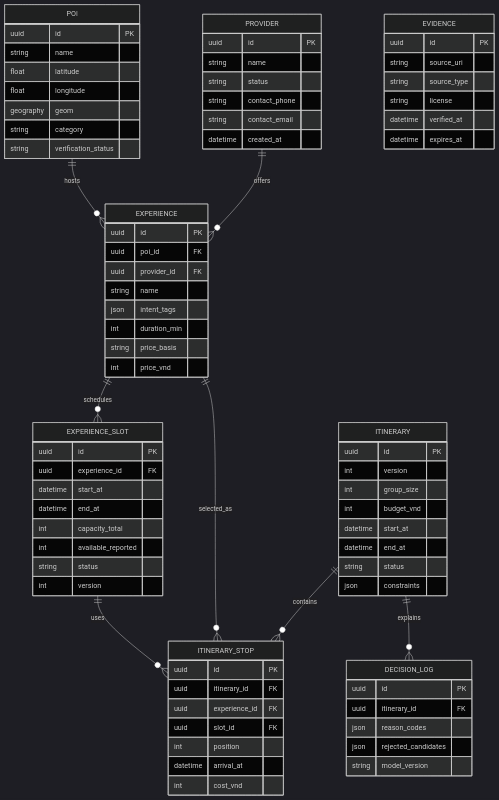
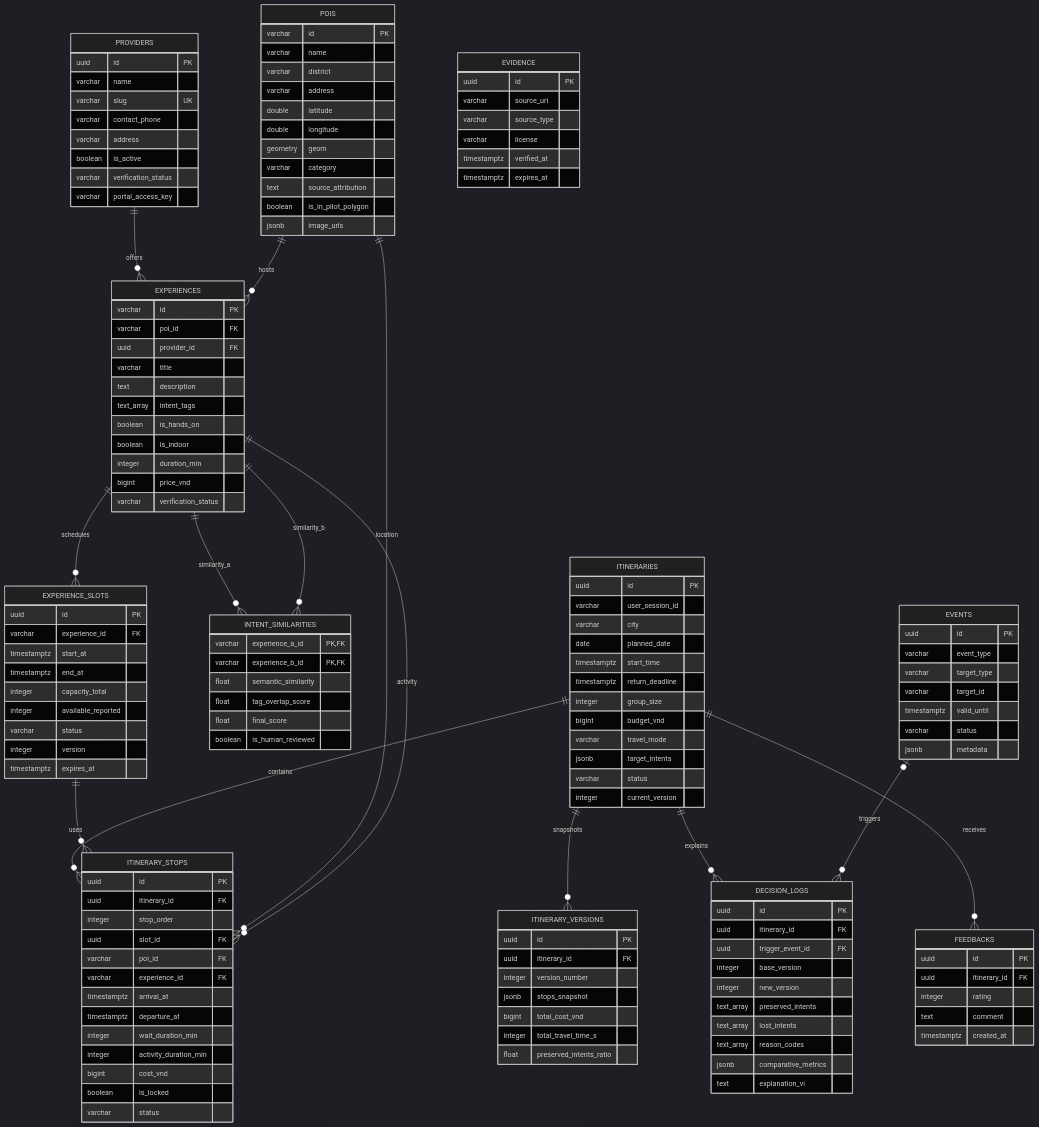
The diagram in docs/data-model.md (NguyenTriBaoThang/LoaclExplorerAI), drawn with Mermaid (dark theme) before and after one commit. The commit also changed other lines of this file and 10 other files, not shown here.

Commit message:
feat(database): align database schema and entities with team architecture ERD

````diff
--- a/docs/data-model.md
+++ b/docs/data-model.md
@@ -3,82 +8,146 @@
 ```mermaid
 erDiagram
-    PROVIDER ||--o{ EXPERIENCE : offers
-    POI ||--o{ EXPERIENCE : hosts
-    EXPERIENCE ||--o{ EXPERIENCE_SLOT : schedules
-    ITINERARY ||--o{ ITINERARY_STOP : contains
-    EXPERIENCE ||--o{ ITINERARY_STOP : selected_as
-    EXPERIENCE_SLOT ||--o{ ITINERARY_STOP : uses
-    ITINERARY ||--o{ DECISION_LOG : explains
+    PROVIDERS ||--o{ EXPERIENCES : offers
+    POIS ||--o{ EXPERIENCES : hosts
+    EXPERIENCES ||--o{ EXPERIENCE_SLOTS : schedules
+    EXPERIENCES ||--o{ INTENT_SIMILARITIES : similarity_a
+    EXPERIENCES ||--o{ INTENT_SIMILARITIES : similarity_b
+    ITINERARIES ||--o{ ITINERARY_STOPS : contains
+    ITINERARIES ||--o{ ITINERARY_VERSIONS : snapshots
+    ITINERARIES ||--o{ DECISION_LOGS : explains
+    ITINERARIES ||--o{ FEEDBACKS : receives
+    EXPERIENCE_SLOTS ||--o{ ITINERARY_STOPS : uses
+    POIS ||--o{ ITINERARY_STOPS : location
+    EXPERIENCES ||--o{ ITINERARY_STOPS : activity
+    EVENTS o|--o{ DECISION_LOGS : triggers
 
-    PROVIDER {
+    PROVIDERS {
       uuid id PK
-      string name
-      string status
-      string contact_phone
-      string contact_email
-      datetime created_at
+      varchar name
+      varchar slug UK
+      varchar contact_phone
+      varchar address
+      boolean is_active
+      varchar verification_status
+      varchar portal_access_key
     }
-    POI {
+    POIS {
+      varchar id PK
+      varchar name
+      varchar district
+      varchar address
+      double latitude
+      double longitude
+      geometry geom
+      varchar category
+      text source_attribution
+      boolean is_in_pilot_polygon
+      jsonb image_urls
+    }
+    EXPERIENCES {
+      varchar id PK
+      varchar poi_id FK
+      uuid provider_id FK
+      varchar title
+      text description
+      text_array intent_tags
+      boolean is_hands_on
+      boolean is_indoor
+      integer duration_min
+      bigint price_vnd
+      varchar verification_status
+    }
+    EXPERIENCE_SLOTS {
       uuid id PK
-      string name
-      float latitude
-      float longitude
-      geography geom
-      string category
-      string verification_status
+      varchar experience_id FK
+      timestamptz start_at
+      timestamptz end_at
+      integer capacity_total
+      integer available_reported
+      varchar status
+      integer version
+      timestamptz expires_at
     }
-    EXPERIENCE {
+    INTENT_SIMILARITIES {
+      varchar experience_a_id PK,FK
+      varchar experience_b_id PK,FK
+      float semantic_similarity
+      float tag_overlap_score
+      float final_score
+      boolean is_human_reviewed
+    }
+    ITINERARIES {
       uuid id PK
-      uuid poi_id FK
-      uuid provider_id FK
-      string name
-      json intent_tags
-      int duration_min
-      string price_basis
-      int price_vnd
+      varchar user_session_id
+      varchar city
+      date planned_date
+      timestamptz start_time
+      timestamptz return_deadline
+      integer group_size
+      bigint budget_vnd
+      varchar travel_mode
+      jsonb target_intents
+      varchar status
+      integer current_version
     }
-    EXPERIENCE_SLOT {
-      uuid id PK
-      uuid experience_id FK
-      datetime start_at
-      datetime end_at
-      int capacity_total
-      int available_reported
-      string status
-      int version
-    }
-    ITINERARY {
-      uuid id PK
-      int version
-      int group_size
-      int budget_vnd
-      datetime start_at
-      datetime end_at
-      string status
-      json constraints
-    }
-    ITINERARY_STOP {
+    ITINERARY_STOPS {
       uuid id PK
       uuid itinerary_id FK
-      uuid experience_id FK
+      integer stop_order
       uuid slot_id FK
-      int position
-      datetime arrival_at
-      int cost_vnd
+      varchar poi_id FK
+      varchar experience_id FK
+      timestamptz arrival_at
+      timestamptz departure_at
+      integer wait_duration_min
+      integer activity_duration_min
+      bigint cost_vnd
+      boolean is_locked
+      varchar status
     }
-    DECISION_LOG {
+    ITINERARY_VERSIONS {
       uuid id PK
       uuid itinerary_id FK
-      json reason_codes
-      json rejected_candidates
-      string model_version
+      integer version_number
+      jsonb stops_snapshot
+      bigint total_cost_vnd
+      integer total_travel_time_s
+      float preserved_intents_ratio
+    }
+    EVENTS {
+      uuid id PK
+      varchar event_type
+      varchar target_type
+      varchar target_id
+      timestamptz valid_until
+      varchar status
+      jsonb metadata
+    }
+    DECISION_LOGS {
+      uuid id PK
+      uuid itinerary_id FK
+      uuid trigger_event_id FK
+      integer base_version
+      integer new_version
+      text_array preserved_intents
+      text_array lost_intents
+      text_array reason_codes
+      jsonb comparative_metrics
+      text explanation_vi
+    }
+    FEEDBACKS {
+      uuid id PK
+      uuid itinerary_id FK
+      integer rating
+      text comment
+      timestamptz created_at
     }
     EVIDENCE {
       uuid id PK
-      string source_uri
-      string source_type
-      string license
-      datetime verified_at
-      datetime expires_at
+      varchar source_uri
+      varchar source_type
+      varchar license
+      timestamptz verified_at
+      timestamptz expires_at
     }
 ```
````
